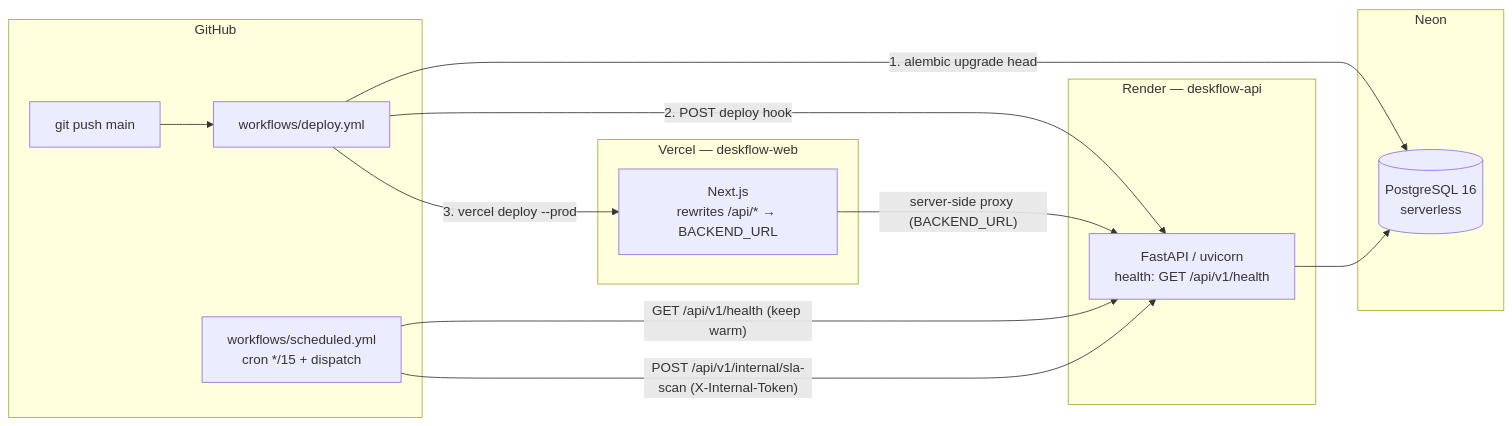
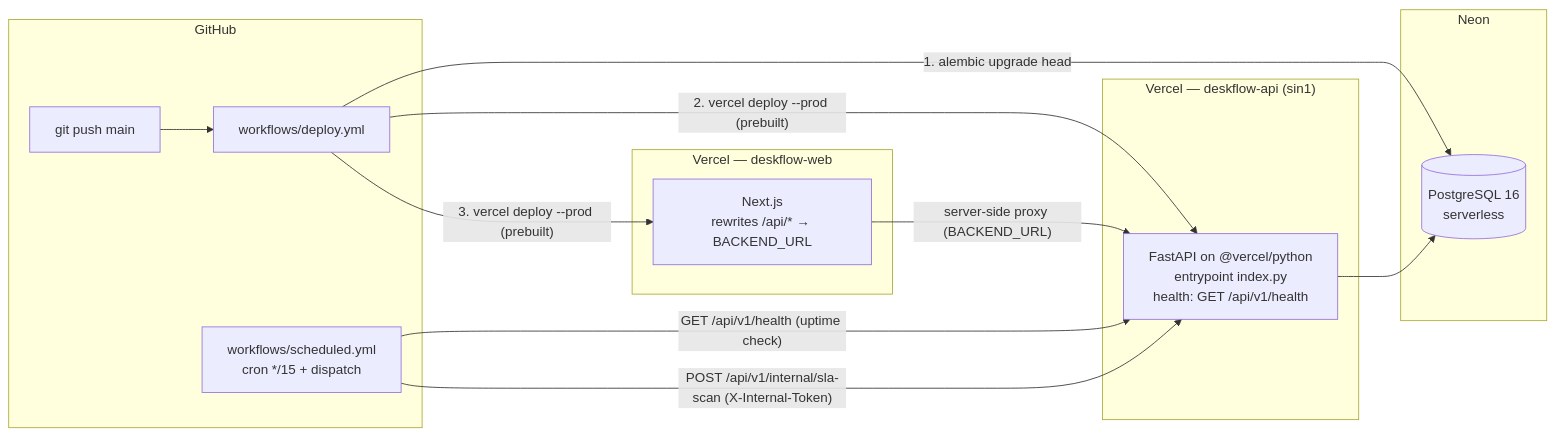
The fourth of 4 diagrams in docs/ARCHITECTURE.md (zayddawood-0/deskflow), drawn with Mermaid before and after one commit. The commit also changed other lines of this file and 21 other files, not shown here.

Commit message:
feat(deploy): move backend to Vercel serverless, NullPool on Vercel, deploy both apps via GitHub Actions

````diff
--- a/docs/ARCHITECTURE.md
+++ b/docs/ARCHITECTURE.md
@@ -181,25 +182,25 @@
 ```mermaid
 flowchart LR
     subgraph gh["GitHub"]
         PUSH["git push main"]
         WF["workflows/deploy.yml"]
         SCH["workflows/scheduled.yml<br/>cron */15 + dispatch"]
     end
     subgraph neon["Neon"]
         PG[("PostgreSQL 16<br/>serverless")]
     end
-    subgraph render["Render — deskflow-api"]
-        API["FastAPI / uvicorn<br/>health: GET /api/v1/health"]
+    subgraph vercelapi["Vercel — deskflow-api (sin1)"]
+        API["FastAPI on @vercel/python<br/>entrypoint index.py<br/>health: GET /api/v1/health"]
     end
     subgraph vercel["Vercel — deskflow-web"]
         WEB["Next.js<br/>rewrites /api/* → BACKEND_URL"]
     end
     PUSH --> WF
     WF -- "1. alembic upgrade head" --> PG
-    WF -- "2. POST deploy hook" --> API
+    WF -- "2. vercel deploy --prod (prebuilt)" --> API
     API --> PG
-    WF -- "3. vercel deploy --prod" --> WEB
+    WF -- "3. vercel deploy --prod (prebuilt)" --> WEB
     WEB -- "server-side proxy (BACKEND_URL)" --> API
-    SCH -- "GET /api/v1/health (keep warm)" --> API
+    SCH -- "GET /api/v1/health (uptime check)" --> API
     SCH -- "POST /api/v1/internal/sla-scan (X-Internal-Token)" --> API
 ```
````
